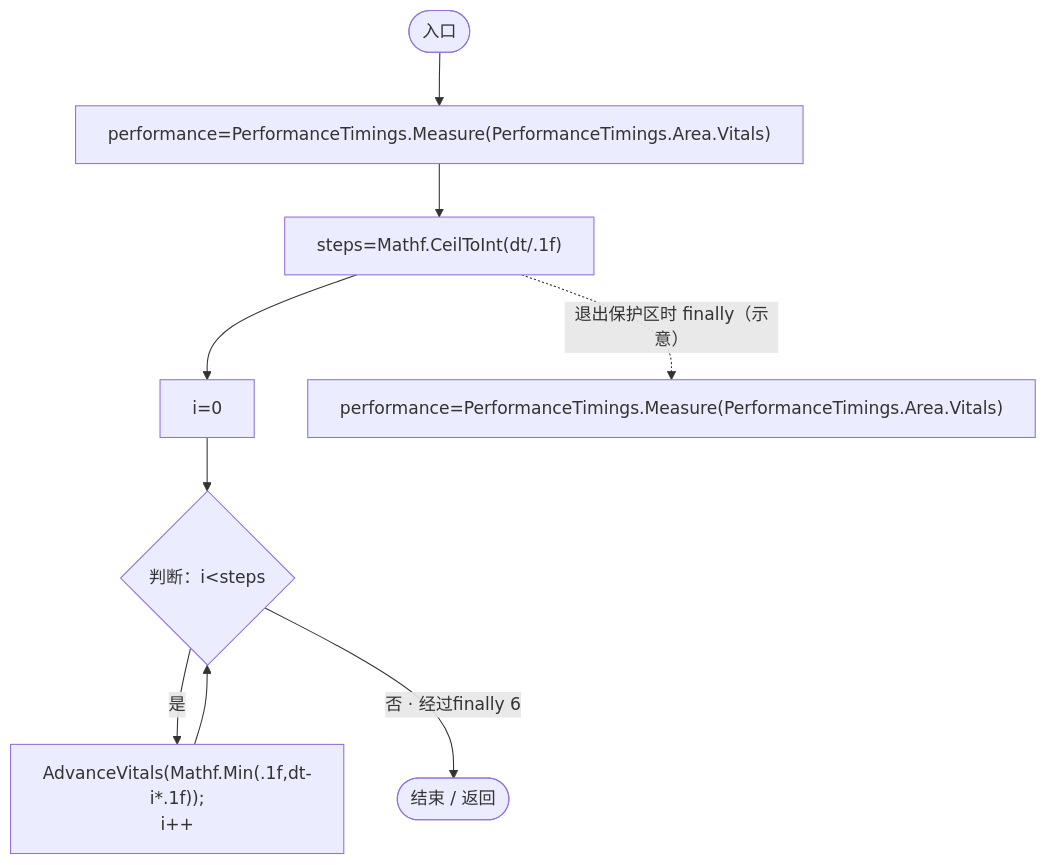
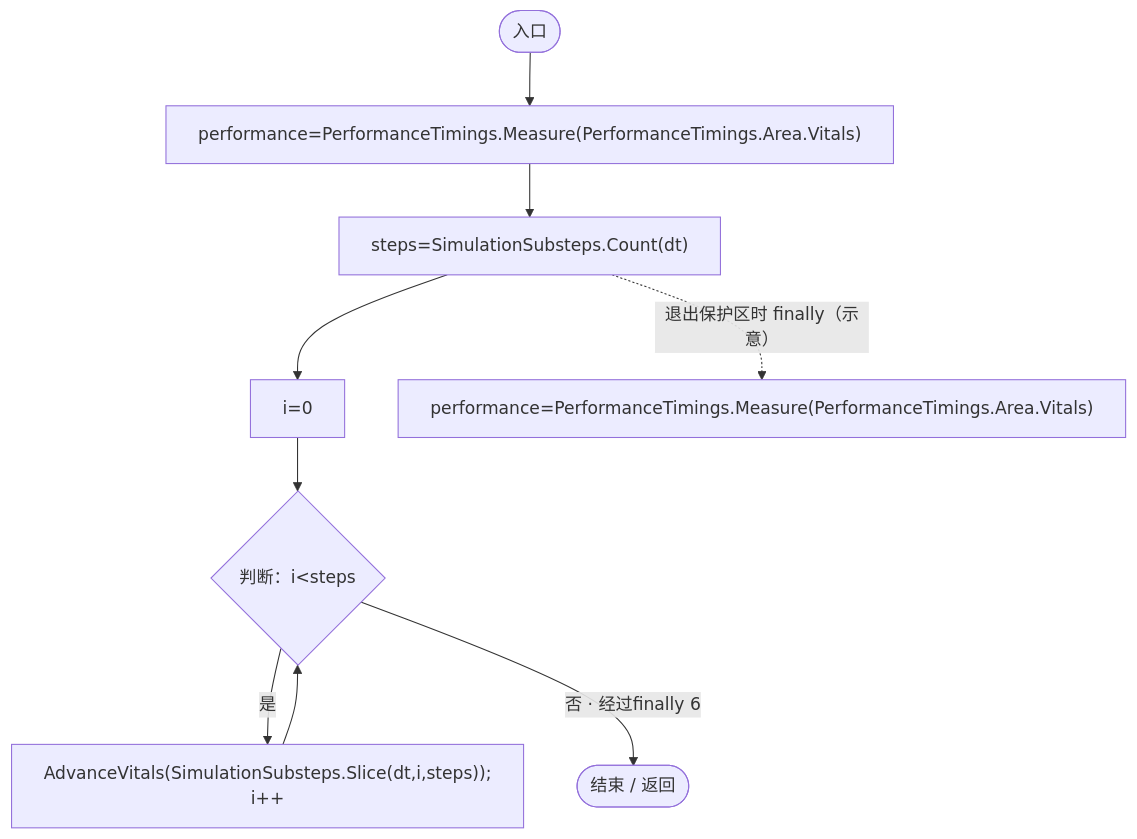
Before and after one commit to xhs6666/Darwin_paradise: the third of 4 diagrams in Docs/运行流程图/脚本/7f68ee05c2ac84bc.md, drawn with Mermaid. The commit also changed other lines of this file and 119 other files, not shown here.

````diff
--- a/Docs/运行流程图/脚本/7f68ee05c2ac84bc.md
+++ b/Docs/运行流程图/脚本/7f68ee05c2ac84bc.md
@@ -115,20 +108,20 @@
 ```mermaid
 flowchart TD
   b0(["入口"])
   b1["performance=PerformanceTimings.Measure(PerformanceTimings.Area.Vitals)"]
-  b2["steps=Mathf.CeilToInt(dt/.1f)"]
+  b2["steps=SimulationSubsteps.Count(dt)"]
   b3["i=0"]
   b4{"判断：i&lt;steps"}
-  b5["AdvanceVitals(Mathf.Min(.1f,dt-i*.1f));<br/>i++"]
+  b5["AdvanceVitals(SimulationSubsteps.Slice(dt,i,steps));<br/>i++"]
   b6["performance=PerformanceTimings.Measure(PerformanceTimings.Area.Vitals)"]
   b7(["结束 / 返回"])
   b0 --> b1
   b1 --> b2
   b2 --> b3
   b3 --> b4
   b4 -->|"是"| b5
   b4 -->|"否 · 经过finally 6"| b7
   b5 --> b4
   b2 -. "退出保护区时 finally（示意）" .-> b6
 
 ```
````
